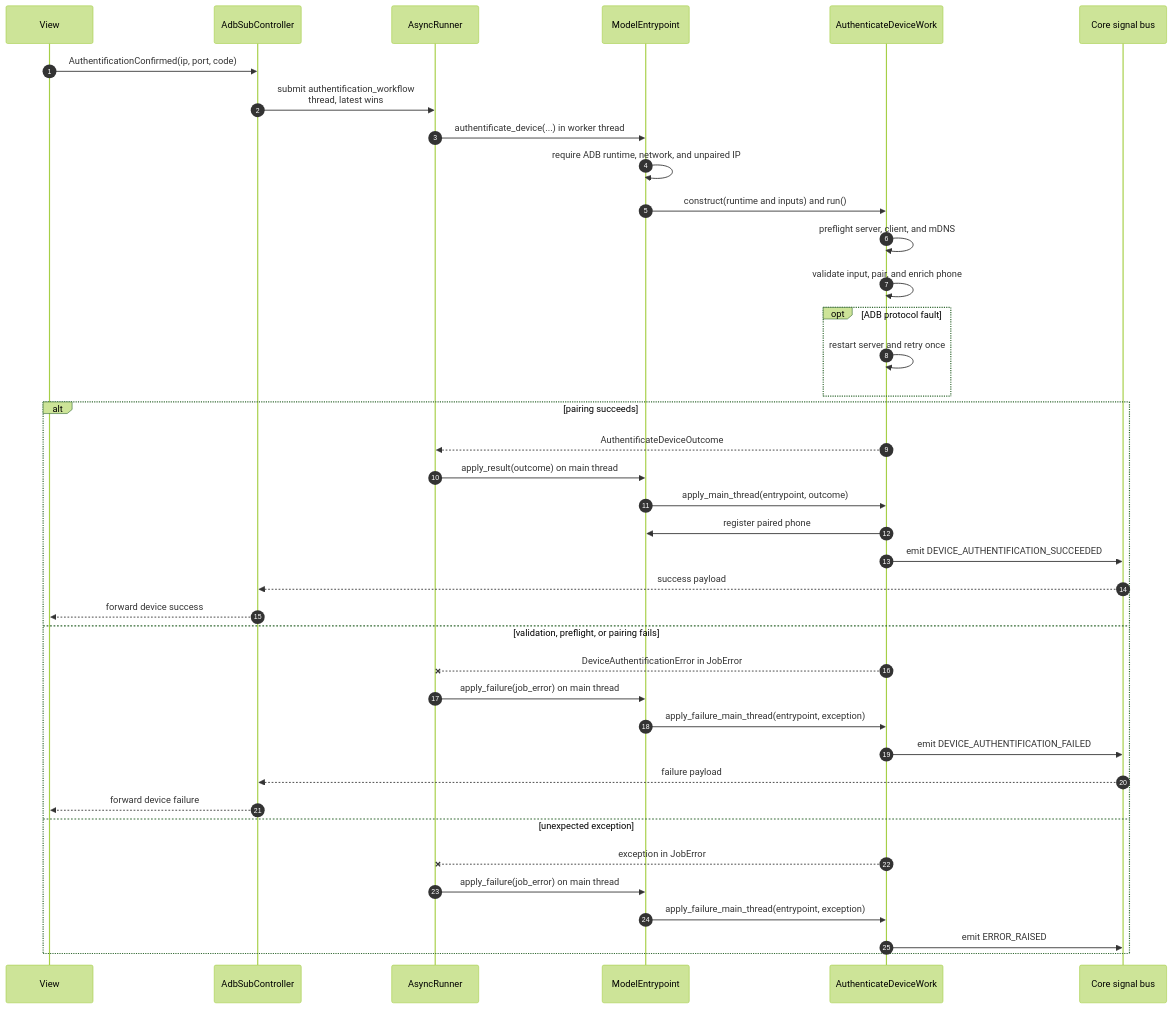
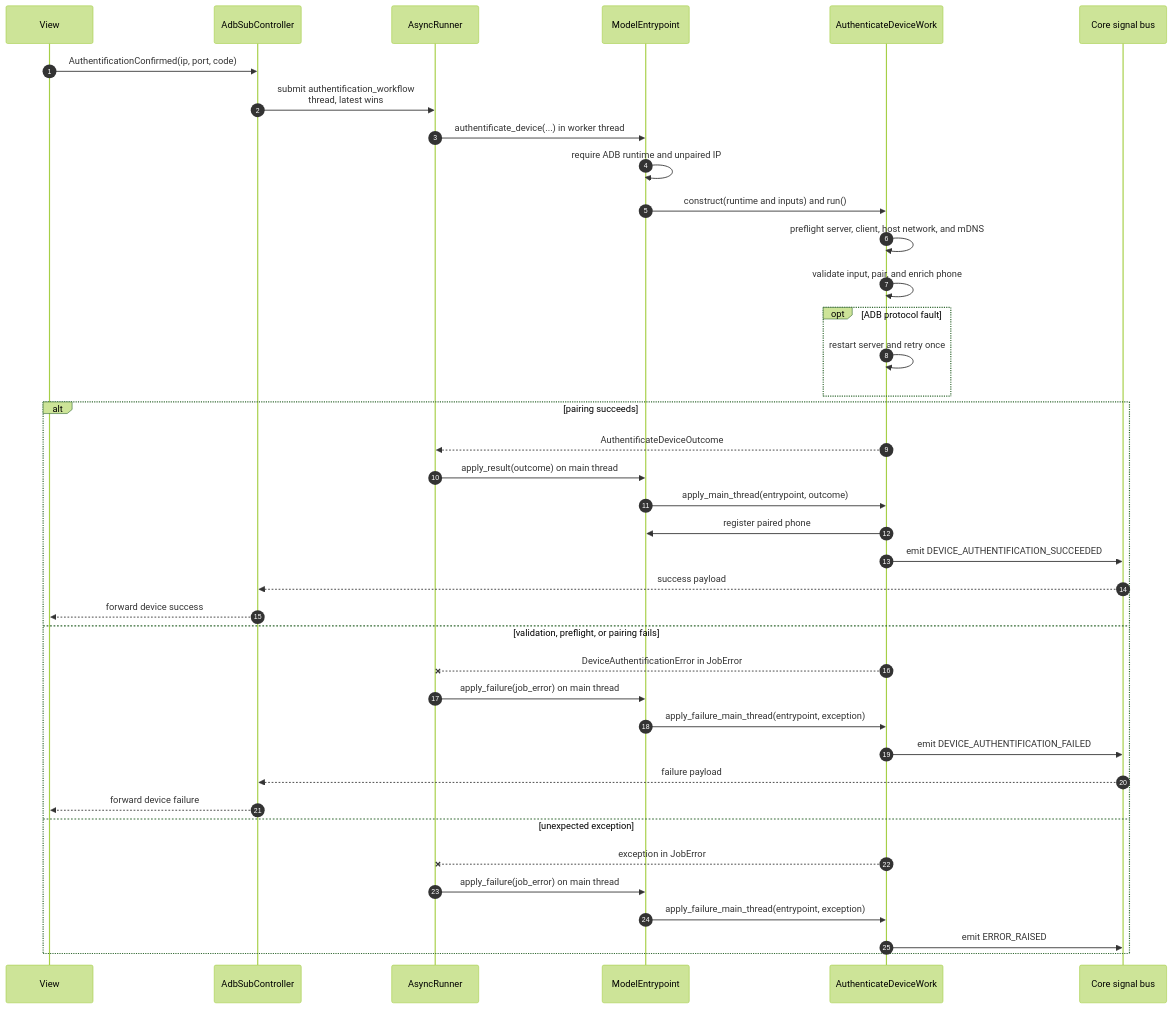
One commit to LeoooJR/AROW changed the diagram in src/core/work/authentificate_device_work.md. Above: the diagram before and after it, drawn with Mermaid (forest theme). The commit also changed 20 other files, not shown here.

Commit message:
Track phone connectivity and require network preflight for wireless ADB

````diff
--- a/src/core/work/authentificate_device_work.md
+++ b/src/core/work/authentificate_device_work.md
@@ -10,42 +10,42 @@
 ```mermaid
 sequenceDiagram
     autonumber
     participant View
     participant Controller as AdbSubController
     participant Runner as AsyncRunner
     participant Entrypoint as ModelEntrypoint
     participant Work as AuthenticateDeviceWork
     participant Bus as Core signal bus
 
     View->>Controller: AuthentificationConfirmed(ip, port, code)
     Controller->>Runner: submit authentification_workflow<br/>thread, latest wins
     Runner->>Entrypoint: authentificate_device(...) in worker thread
-    Entrypoint->>Entrypoint: require ADB runtime, network, and unpaired IP
+    Entrypoint->>Entrypoint: require ADB runtime and unpaired IP
     Entrypoint->>Work: construct(runtime and inputs) and run()
-    Work->>Work: preflight server, client, and mDNS
+    Work->>Work: preflight server, client, host network, and mDNS
     Work->>Work: validate input, pair, and enrich phone
     opt ADB protocol fault
         Work->>Work: restart server and retry once
     end
     alt pairing succeeds
         Work-->>Runner: AuthentificateDeviceOutcome
         Runner->>Entrypoint: apply_result(outcome) on main thread
         Entrypoint->>Work: apply_main_thread(entrypoint, outcome)
         Work->>Entrypoint: register paired phone
         Work->>Bus: emit DEVICE_AUTHENTIFICATION_SUCCEEDED
         Bus-->>Controller: success payload
         Controller-->>View: forward device success
     else validation, preflight, or pairing fails
         Work--xRunner: DeviceAuthentificationError in JobError
         Runner->>Entrypoint: apply_failure(job_error) on main thread
         Entrypoint->>Work: apply_failure_main_thread(entrypoint, exception)
         Work->>Bus: emit DEVICE_AUTHENTIFICATION_FAILED
         Bus-->>Controller: failure payload
         Controller-->>View: forward device failure
     else unexpected exception
         Work--xRunner: exception in JobError
         Runner->>Entrypoint: apply_failure(job_error) on main thread
         Entrypoint->>Work: apply_failure_main_thread(entrypoint, exception)
         Work->>Bus: emit ERROR_RAISED
     end
 ```
````
